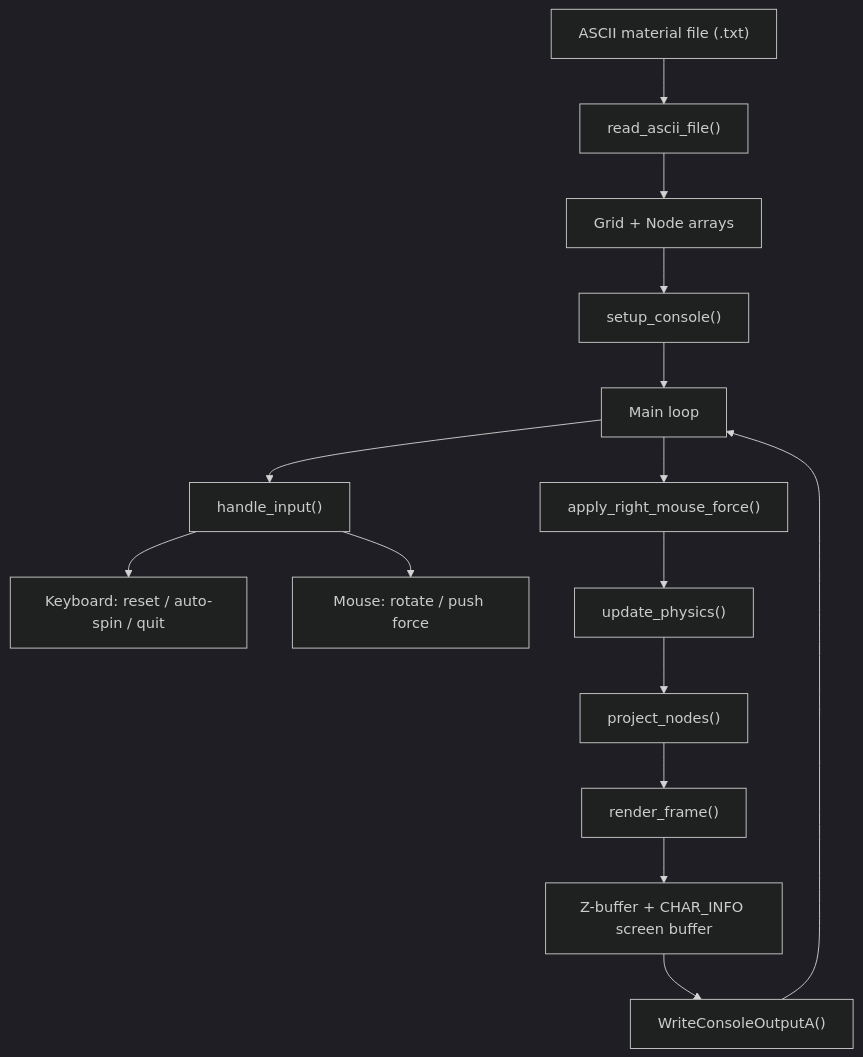
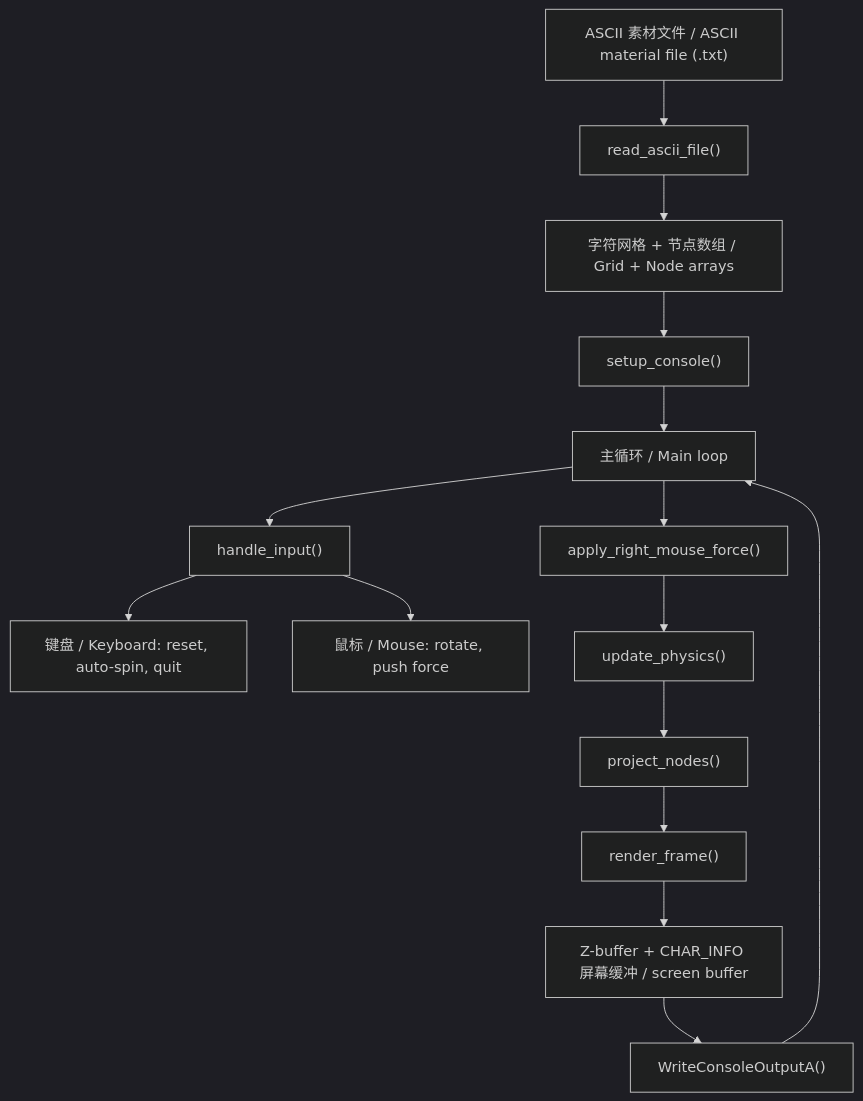
The diagram in README.md (suibosama/ascii-image-rotate-drag-engine), drawn with Mermaid (dark theme) before and after one commit. The commit also changed other lines of this file, not shown here.

````diff
--- a/README.md
+++ b/README.md
@@ -58,19 +69,19 @@
 ```mermaid
 flowchart TD
-    A["ASCII material file (.txt)"] --> B["read_ascii_file()"]
-    B --> C["Grid + Node arrays"]
+    A["ASCII 素材文件 / ASCII material file (.txt)"] --> B["read_ascii_file()"]
+    B --> C["字符网格 + 节点数组 / Grid + Node arrays"]
     C --> D["setup_console()"]
-    D --> E["Main loop"]
+    D --> E["主循环 / Main loop"]
 
     E --> F["handle_input()"]
-    F --> F1["Keyboard: reset / auto-spin / quit"]
-    F --> F2["Mouse: rotate / push force"]
+    F --> F1["键盘 / Keyboard: reset, auto-spin, quit"]
+    F --> F2["鼠标 / Mouse: rotate, push force"]
 
     E --> G["apply_right_mouse_force()"]
     G --> H["update_physics()"]
     H --> I["project_nodes()"]
     I --> J["render_frame()"]
-    J --> K["Z-buffer + CHAR_INFO screen buffer"]
+    J --> K["Z-buffer + CHAR_INFO 屏幕缓冲 / screen buffer"]
     K --> L["WriteConsoleOutputA()"]
     L --> E
 ```
````
